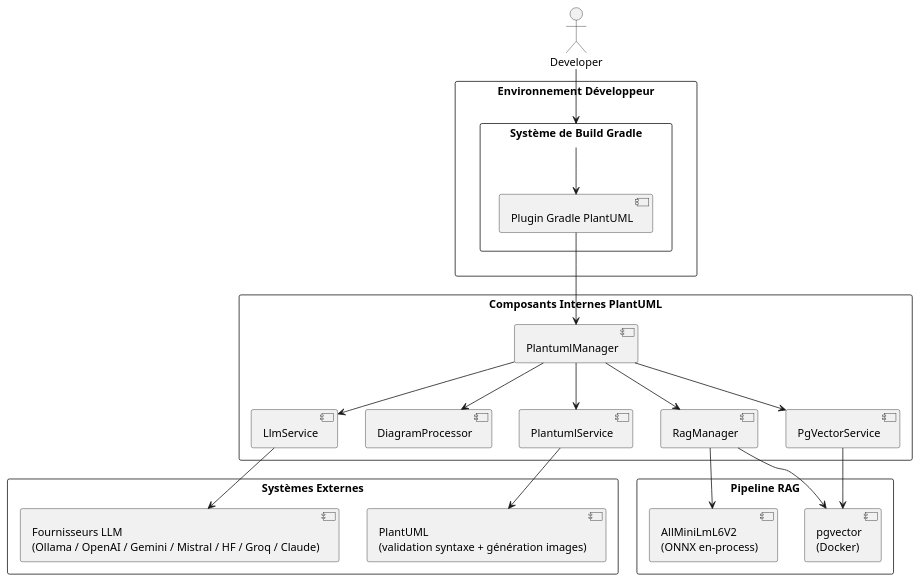
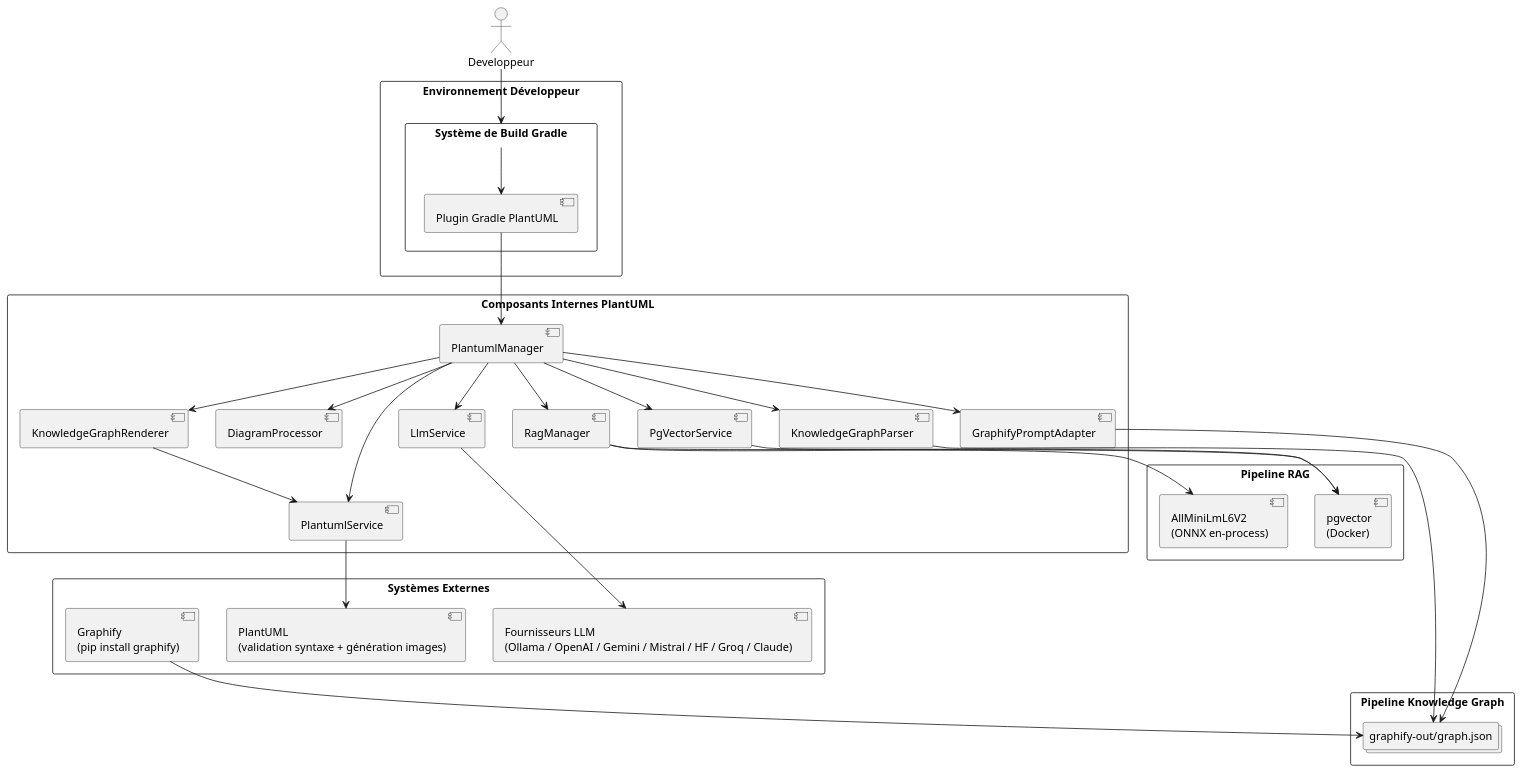
One commit to cheroliv/plantuml-gradle changed the third of 4 diagrams in plantuml-plugin/README_truth_fr.adoc. Above: the diagram before and after it, drawn with PlantUML. The commit also changed other lines of this file and 4 other files, not shown here.

First line of the commit message:
docs: update architecture diagrams with Knowledge Graph components + add discord message

```diff
--- a/plantuml-plugin/README_truth_fr.adoc
+++ b/plantuml-plugin/README_truth_fr.adoc
@@ -758,48 +772,65 @@
 [plantuml]
 ----
 @startuml
-actor Developer
+actor Developpeur
 
 rectangle "Environnement Développeur" {
   rectangle "Système de Build Gradle" {
     component "Plugin Gradle PlantUML"
   }
 }
 
 rectangle "Composants Internes PlantUML" {
   component "PlantumlManager"
   component "LlmService"
   component "DiagramProcessor"
   component "PlantumlService"
   component "RagManager"
   component "PgVectorService"
+  component "KnowledgeGraphParser"
+  component "KnowledgeGraphRenderer"
+  component "GraphifyPromptAdapter"
 }
 
 rectangle "Pipeline RAG" {
   component "AllMiniLmL6V2\n(ONNX en-process)"
   component "pgvector\n(Docker)"
 }
 
+rectangle "Pipeline Knowledge Graph" {
+  collections "graphify-out/graph.json" as KGJSON
+}
+
 rectangle "Systèmes Externes" {
   component "Fournisseurs LLM\n(Ollama / OpenAI / Gemini / Mistral / HF / Groq / Claude)"
   component "PlantUML\n(validation syntaxe + génération images)"
+  component "Graphify\n(pip install graphify)"
 }
 
-Developer --> "Système de Build Gradle"
+Developpeur --> "Système de Build Gradle"
 "Système de Build Gradle" --> "Plugin Gradle PlantUML"
 
 "Plugin Gradle PlantUML" --> "PlantumlManager"
 "PlantumlManager" --> "LlmService"
 "PlantumlManager" --> "DiagramProcessor"
 "PlantumlManager" --> "PlantumlService"
 "PlantumlManager" --> "RagManager"
 "PlantumlManager" --> "PgVectorService"
+"PlantumlManager" --> "KnowledgeGraphParser"
+"PlantumlManager" --> "KnowledgeGraphRenderer"
+"PlantumlManager" --> "GraphifyPromptAdapter"
 
 "RagManager" --> "AllMiniLmL6V2\n(ONNX en-process)"
 "RagManager" --> "pgvector\n(Docker)"
 "PgVectorService" --> "pgvector\n(Docker)"
 
+"KnowledgeGraphParser" --> KGJSON
+"KnowledgeGraphRenderer" --> "PlantumlService"
+"GraphifyPromptAdapter" --> KGJSON
+
+"Graphify\n(pip install graphify)" --> KGJSON
+
 "LlmService" --> "Fournisseurs LLM\n(Ollama / OpenAI / Gemini / Mistral / HF / Groq / Claude)"
 "PlantumlService" --> "PlantUML\n(validation syntaxe + génération images)"
 @enduml
 ----
```
